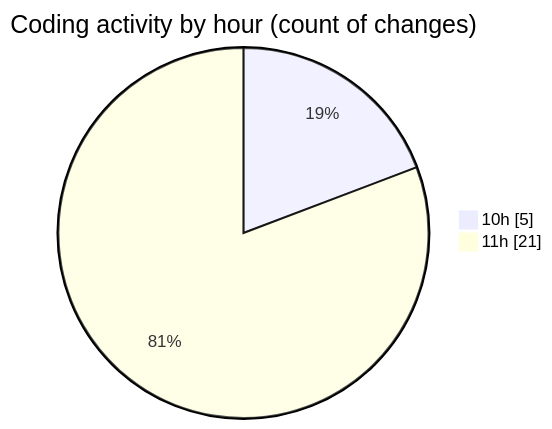
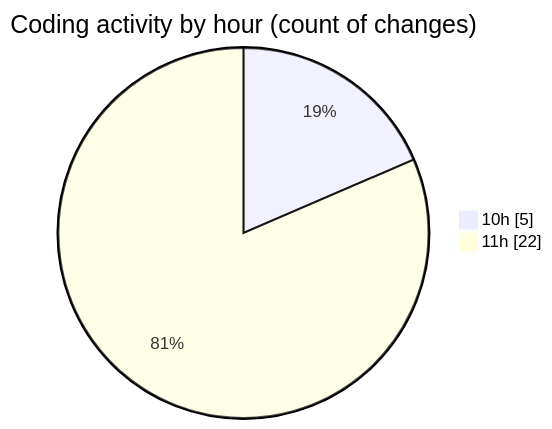
One commit to nxtqubesakshisongat/code-tracking changed the second of 2 diagrams in 2025-09-23/nxtqube_webapp/README.md. Above: the diagram before and after it, drawn with Mermaid. The commit also changed other lines of this file and 1 other file, not shown here.

````diff
--- a/2025-09-23/nxtqube_webapp/README.md
+++ b/2025-09-23/nxtqube_webapp/README.md
@@ -32,6 +32,6 @@
 ```mermaid
 pie showData
 title Coding activity by hour (count of changes)
 "10h" : 5
-"11h" : 21
+"11h" : 22
 ```
````
